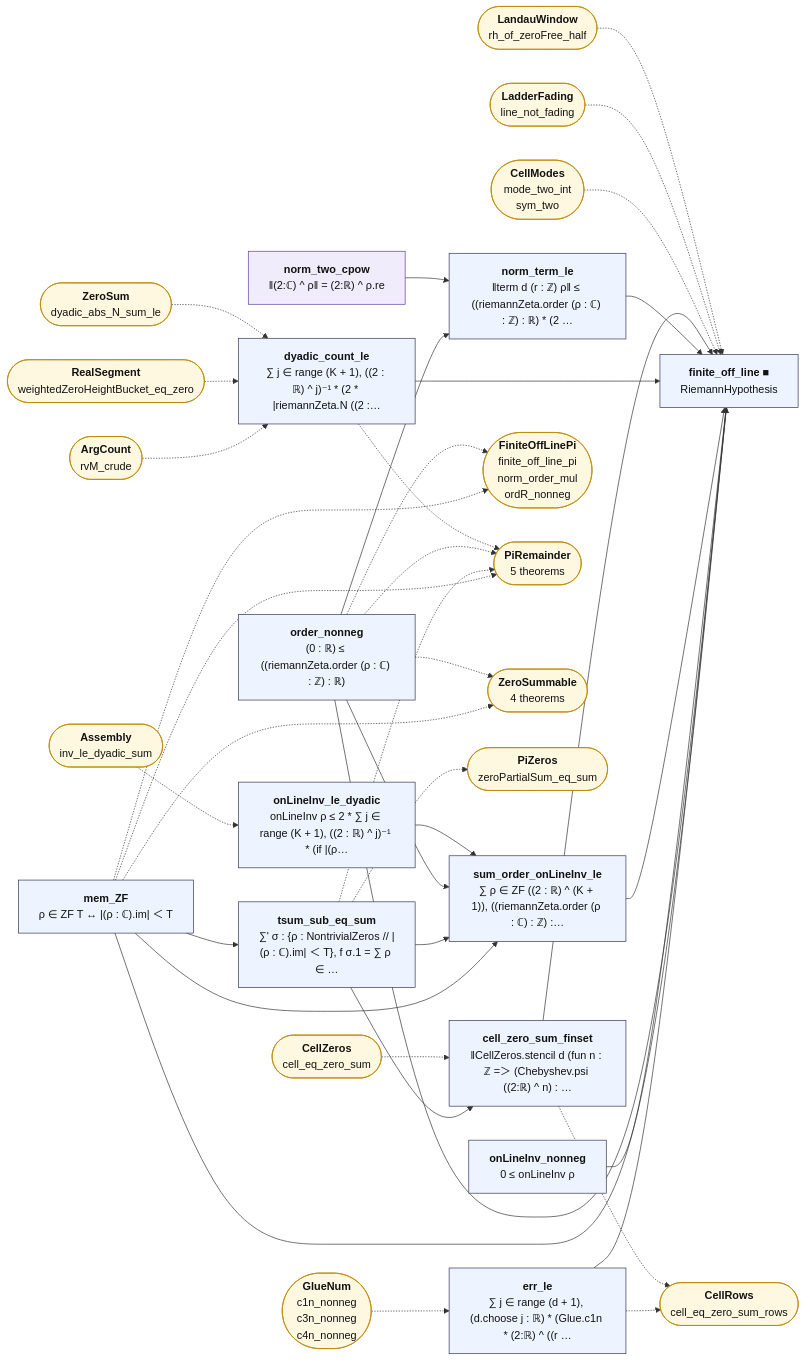
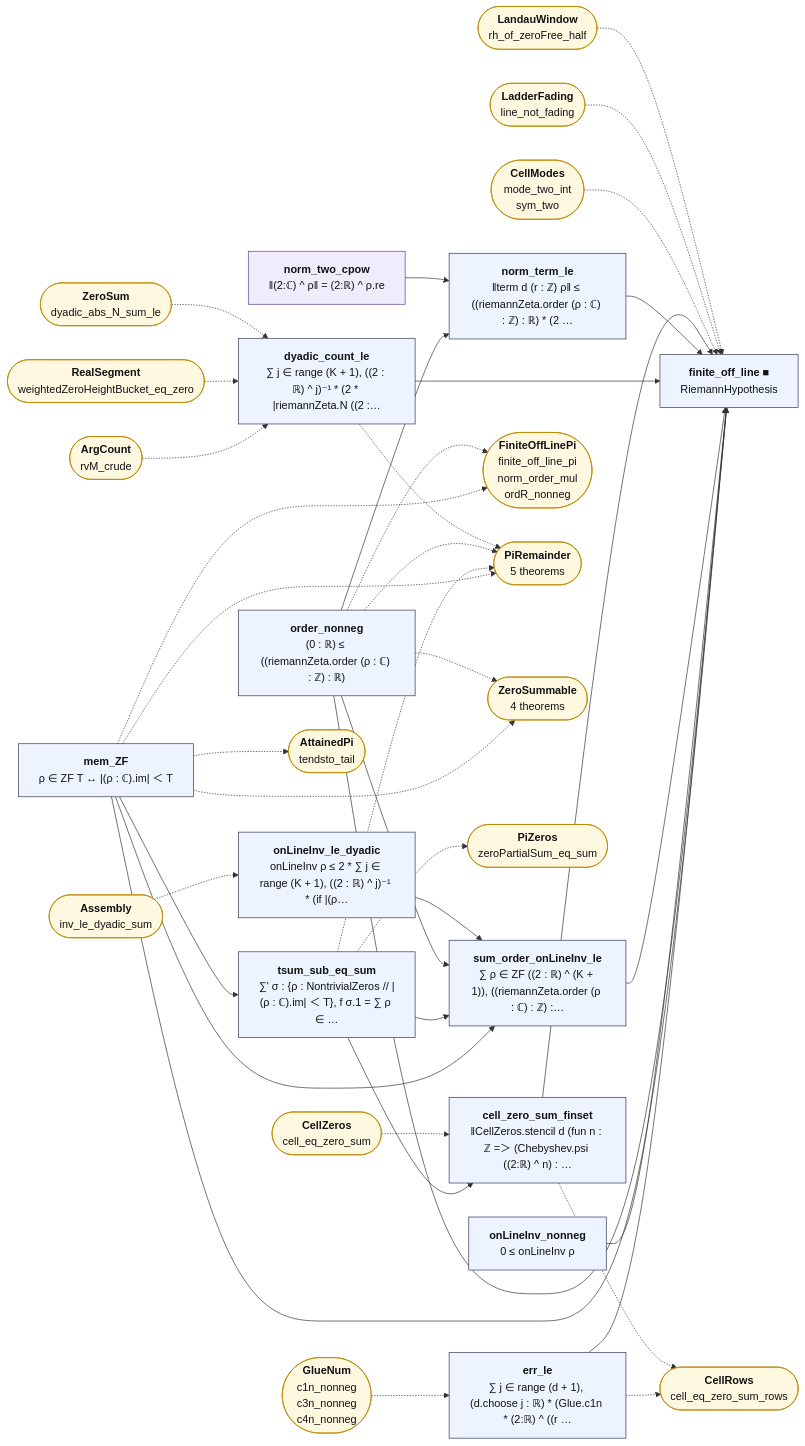
One commit to juliansambranojr/Primebeat_081426 changed the diagram in map/lean_stage3/FiniteOffLine.md. Above: the diagram before and after it, drawn with Mermaid. The commit also changed other lines of this file and 50 other files, not shown here.

First line of the commit message:
C7: joint 10 on the count when the largest real part of the zeros is attained (unit 0456)

````diff
--- a/map/lean_stage3/FiniteOffLine.md
+++ b/map/lean_stage3/FiniteOffLine.md
@@ -12,73 +12,75 @@
 ```mermaid
 flowchart LR
   n0["<b>mem_ZF</b><br/>ρ ∈ ZF T ↔ |(ρ : ℂ).im| ＜ T"]:::thm
   n1["<b>tsum_sub_eq_sum</b><br/>∑' σ : {ρ : NontrivialZeros // |(ρ : ℂ).im| ＜ T}, f σ.1 = ∑ ρ ∈ …"]:::thm
   n2["<b>order_nonneg</b><br/>(0 : ℝ) ≤ ((riemannZeta.order (ρ : ℂ) : ℤ) : ℝ)"]:::thm
   n3["<b>onLineInv_nonneg</b><br/>0 ≤ onLineInv ρ"]:::thm
   n4["<b>onLineInv_le_dyadic</b><br/>onLineInv ρ ≤ 2 * ∑ j ∈ range (K + 1), ((2 : ℝ) ^ j)⁻¹ * (if |(ρ…"]:::thm
   n5["<b>sum_order_onLineInv_le</b><br/>∑ ρ ∈ ZF ((2 : ℝ) ^ (K + 1)), ((riemannZeta.order (ρ : ℂ) : ℤ) :…"]:::thm
   n6["<b>dyadic_count_le</b><br/>∑ j ∈ range (K + 1), ((2 : ℝ) ^ j)⁻¹ * (2 * |riemannZeta.N ((2 :…"]:::thm
   n7["<b>norm_two_cpow</b><br/>‖(2:ℂ) ^ ρ‖ = (2:ℝ) ^ ρ.re"]:::shp
   n8["<b>norm_term_le</b><br/>‖term d (r : ℤ) ρ‖ ≤ ((riemannZeta.order (ρ : ℂ) : ℤ) : ℝ) * (2 …"]:::thm
   n9["<b>cell_zero_sum_finset</b><br/>‖CellZeros.stencil d (fun n : ℤ =＞ (Chebyshev.psi ((2:ℝ) ^ n) : …"]:::thm
   n10["<b>err_le</b><br/>∑ j ∈ range (d + 1), (d.choose j : ℝ) * (Glue.c1n * (2:ℝ) ^ ((r …"]:::thm
   n11["<b>finite_off_line ■</b><br/>RiemannHypothesis"]:::thm
-  x0(["<b>FiniteOffLinePi</b><br/>finite_off_line_pi<br/>norm_order_mul<br/>ordR_nonneg"]):::ext
-  x1(["<b>PiRemainder</b><br/>5 theorems"]):::ext
-  x2(["<b>ZeroSummable</b><br/>4 theorems"]):::ext
-  x3(["<b>PiZeros</b><br/>zeroPartialSum_eq_sum"]):::ext
-  x4(["<b>Assembly</b><br/>inv_le_dyadic_sum"]):::ext
-  x5(["<b>ArgCount</b><br/>rvM_crude"]):::ext
-  x6(["<b>RealSegment</b><br/>weightedZeroHeightBucket_eq_zero"]):::ext
-  x7(["<b>ZeroSum</b><br/>dyadic_abs_N_sum_le"]):::ext
-  x8(["<b>CellZeros</b><br/>cell_eq_zero_sum"]):::ext
-  x9(["<b>CellRows</b><br/>cell_eq_zero_sum_rows"]):::ext
-  x10(["<b>GlueNum</b><br/>c1n_nonneg<br/>c3n_nonneg<br/>c4n_nonneg"]):::ext
-  x11(["<b>CellModes</b><br/>mode_two_int<br/>sym_two"]):::ext
-  x12(["<b>LadderFading</b><br/>line_not_fading"]):::ext
-  x13(["<b>LandauWindow</b><br/>rh_of_zeroFree_half"]):::ext
+  x0(["<b>AttainedPi</b><br/>tendsto_tail"]):::ext
+  x1(["<b>FiniteOffLinePi</b><br/>finite_off_line_pi<br/>norm_order_mul<br/>ordR_nonneg"]):::ext
+  x2(["<b>PiRemainder</b><br/>5 theorems"]):::ext
+  x3(["<b>ZeroSummable</b><br/>4 theorems"]):::ext
+  x4(["<b>PiZeros</b><br/>zeroPartialSum_eq_sum"]):::ext
+  x5(["<b>Assembly</b><br/>inv_le_dyadic_sum"]):::ext
+  x6(["<b>ArgCount</b><br/>rvM_crude"]):::ext
+  x7(["<b>RealSegment</b><br/>weightedZeroHeightBucket_eq_zero"]):::ext
+  x8(["<b>ZeroSum</b><br/>dyadic_abs_N_sum_le"]):::ext
+  x9(["<b>CellZeros</b><br/>cell_eq_zero_sum"]):::ext
+  x10(["<b>CellRows</b><br/>cell_eq_zero_sum_rows"]):::ext
+  x11(["<b>GlueNum</b><br/>c1n_nonneg<br/>c3n_nonneg<br/>c4n_nonneg"]):::ext
+  x12(["<b>CellModes</b><br/>mode_two_int<br/>sym_two"]):::ext
+  x13(["<b>LadderFading</b><br/>line_not_fading"]):::ext
+  x14(["<b>LandauWindow</b><br/>rh_of_zeroFree_half"]):::ext
   n0 --> n1
   n0 --> n11
   n0 --> n5
   n1 --> n5
   n1 --> n9
   n10 --> n11
   n2 --> n11
   n2 --> n5
   n2 --> n8
   n3 --> n11
   n4 --> n5
   n5 --> n11
   n6 --> n11
   n7 --> n8
   n8 --> n11
   n9 --> n11
   n0 -.-> x0
   n0 -.-> x1
   n0 -.-> x2
-  n1 -.-> x1
-  n1 -.-> x3
-  n10 -.-> x9
-  n2 -.-> x0
+  n0 -.-> x3
+  n1 -.-> x2
+  n1 -.-> x4
+  n10 -.-> x10
   n2 -.-> x1
   n2 -.-> x2
-  n6 -.-> x1
-  n9 -.-> x9
-  x10 -.-> n10
-  x11 -.-> n11
+  n2 -.-> x3
+  n6 -.-> x2
+  n9 -.-> x10
+  x11 -.-> n10
   x12 -.-> n11
   x13 -.-> n11
-  x4 -.-> n4
-  x5 -.-> n6
+  x14 -.-> n11
+  x5 -.-> n4
   x6 -.-> n6
   x7 -.-> n6
-  x8 -.-> n9
+  x8 -.-> n6
+  x9 -.-> n9
   classDef cnt fill:#dff5ec,stroke:#17694a,color:#111
   classDef shp fill:#f1ecfb,stroke:#5b3fa0,color:#111
   classDef rh fill:#ffe5e5,stroke:#c22,color:#111,stroke-width:2px
   classDef thm fill:#eef4ff,stroke:#335,color:#111
   classDef end_ fill:#e7f7e7,stroke:#2a7,color:#111,stroke-width:2px
   classDef lone fill:#fff,stroke:#999,color:#111,stroke-dasharray:4 3
   classDef bad fill:#ffe5e5,stroke:#c22,color:#111,stroke-width:2px
   classDef ext fill:#fff8e1,stroke:#b80,color:#111
 ```
````
